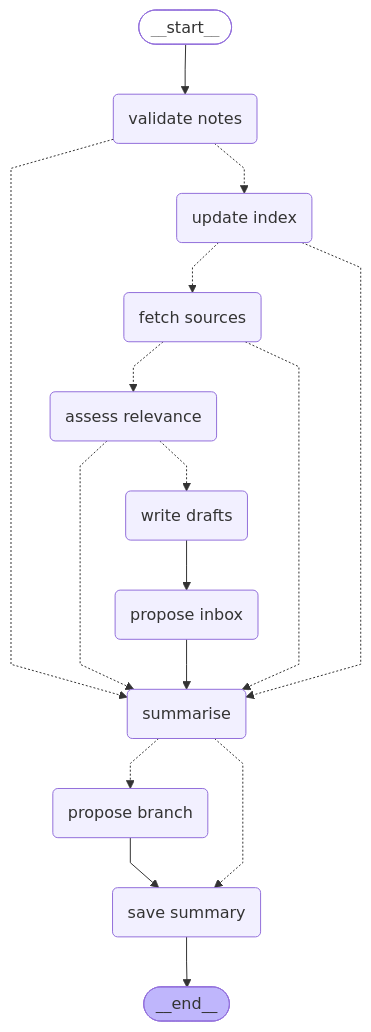
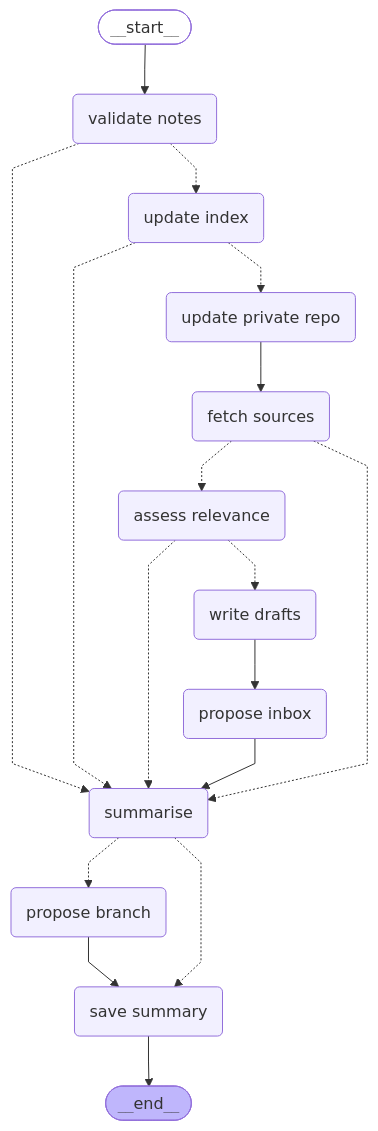
Before and after one commit to Ognatai/Knowledge_Radar: the diagram in docs/weekly-run.md, drawn with Mermaid.

Commit message:
Show the private update step in the weekly run diagram

````diff
--- a/docs/weekly-run.md
+++ b/docs/weekly-run.md
@@ -16,38 +16,39 @@
 ```mermaid
 ---
 config:
   flowchart:
     curve: linear
 ---
 graph TD;
 	__start__([<p>__start__</p>]):::first
 	validate_notes(validate notes)
 	update_index(update index)
+	update_private_repo(update private repo)
 	fetch_sources(fetch sources)
 	assess_relevance(assess relevance)
 	write_drafts(write drafts)
 	propose_inbox(propose inbox)
 	summarise(summarise)
 	propose_branch(propose branch)
 	save_summary(save summary)
 	__end__([<p>__end__</p>]):::last
 	__start__ --> validate_notes;
 	assess_relevance -.-> summarise;
 	assess_relevance -.-> write_drafts;
 	fetch_sources -.-> assess_relevance;
 	fetch_sources -.-> summarise;
 	propose_branch --> save_summary;
 	propose_inbox --> summarise;
 	summarise -.-> propose_branch;
 	summarise -.-> save_summary;
-	update_index -.-> fetch_sources;
 	update_index -.-> summarise;
+	update_index -.-> update_private_repo;
+	update_private_repo --> fetch_sources;
 	validate_notes -.-> summarise;
 	validate_notes -.-> update_index;
 	write_drafts --> propose_inbox;
 	save_summary --> __end__;
 	classDef default fill:#f2f0ff,line-height:1.2
 	classDef first fill-opacity:0
 	classDef last fill:#bfb6fc
-
 ```
````
